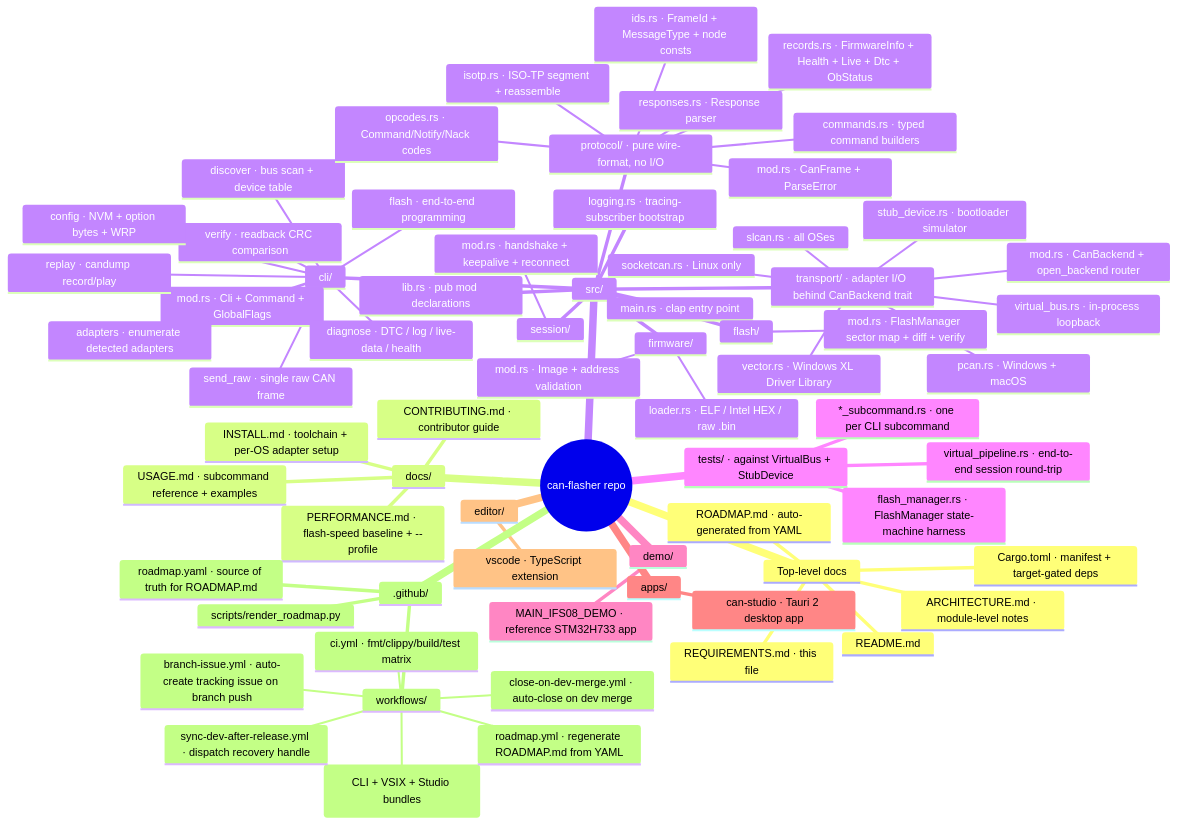
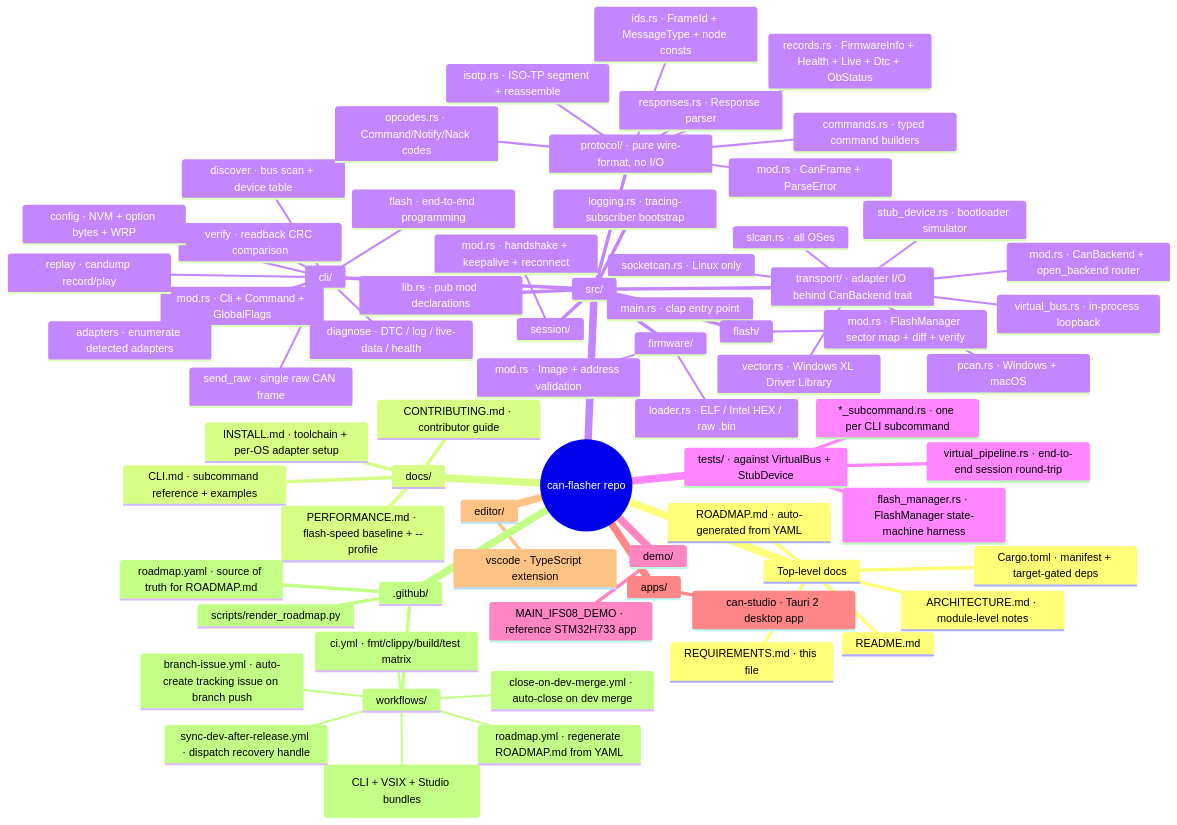
Before and after one commit to isc-fs/MingoCAN: the diagram in REQUIREMENTS.md, drawn with Mermaid. The commit also changed other lines of this file and 12 other files, not shown here.

````diff
--- a/REQUIREMENTS.md
+++ b/REQUIREMENTS.md
@@ -1224,72 +1224,72 @@
 ```mermaid
 mindmap
   root((can-flasher repo))
     Top-level docs
       Cargo.toml · manifest + target-gated deps
       README.md
       ARCHITECTURE.md · module-level notes
       REQUIREMENTS.md · this file
       ROADMAP.md · auto-generated from YAML
     docs/
       INSTALL.md · toolchain + per-OS adapter setup
-      USAGE.md · subcommand reference + examples
+      CLI.md · subcommand reference + examples
       CONTRIBUTING.md · contributor guide
       PERFORMANCE.md · flash-speed baseline + --profile
     src/
       lib.rs · pub mod declarations
       main.rs · clap entry point
       logging.rs · tracing-subscriber bootstrap
       cli/
         mod.rs · Cli + Command + GlobalFlags
         adapters · enumerate detected adapters
         flash · end-to-end programming
         verify · readback CRC comparison
         discover · bus scan + device table
         diagnose · DTC / log / live-data / health
         config · NVM + option bytes + WRP
         replay · candump record/play
         send_raw · single raw CAN frame
       protocol/ · pure wire-format, no I/O
         mod.rs · CanFrame + ParseError
         ids.rs · FrameId + MessageType + node consts
         opcodes.rs · Command/Notify/Nack codes
         isotp.rs · ISO-TP segment + reassemble
         records.rs · FirmwareInfo + Health + Live + Dtc + ObStatus
         commands.rs · typed command builders
         responses.rs · Response parser
       transport/ · adapter I/O behind CanBackend trait
         mod.rs · CanBackend + open_backend router
         virtual_bus.rs · in-process loopback
         stub_device.rs · bootloader simulator
         slcan.rs · all OSes
         socketcan.rs · Linux only
         pcan.rs · Windows + macOS
         vector.rs · Windows XL Driver Library
       session/
         mod.rs · handshake + keepalive + reconnect
       firmware/
         mod.rs · Image + address validation
         loader.rs · ELF / Intel HEX / raw .bin
       flash/
         mod.rs · FlashManager sector map + diff + verify
     tests/ · against VirtualBus + StubDevice
       virtual_pipeline.rs · end-to-end session round-trip
       flash_manager.rs · FlashManager state-machine harness
       *_subcommand.rs · one per CLI subcommand
     demo/
       MAIN_IFS08_DEMO · reference STM32H733 app
     apps/
       can-studio · Tauri 2 desktop app
     editor/
       vscode · TypeScript extension
     .github/
       roadmap.yaml · source of truth for ROADMAP.md
       scripts/render_roadmap.py
       workflows/
         ci.yml · fmt/clippy/build/test matrix
         release.yml · v* unified release (CLI + VSIX + Studio bundles)
         sync-dev-after-release.yml · dispatch recovery handle
         branch-issue.yml · auto-create tracking issue on branch push
         close-on-dev-merge.yml · auto-close on dev merge
         roadmap.yml · regenerate ROADMAP.md from YAML
 ```
````
